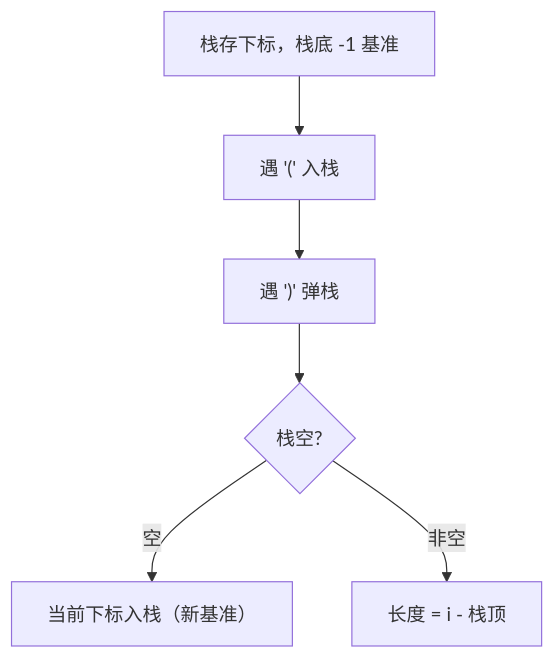
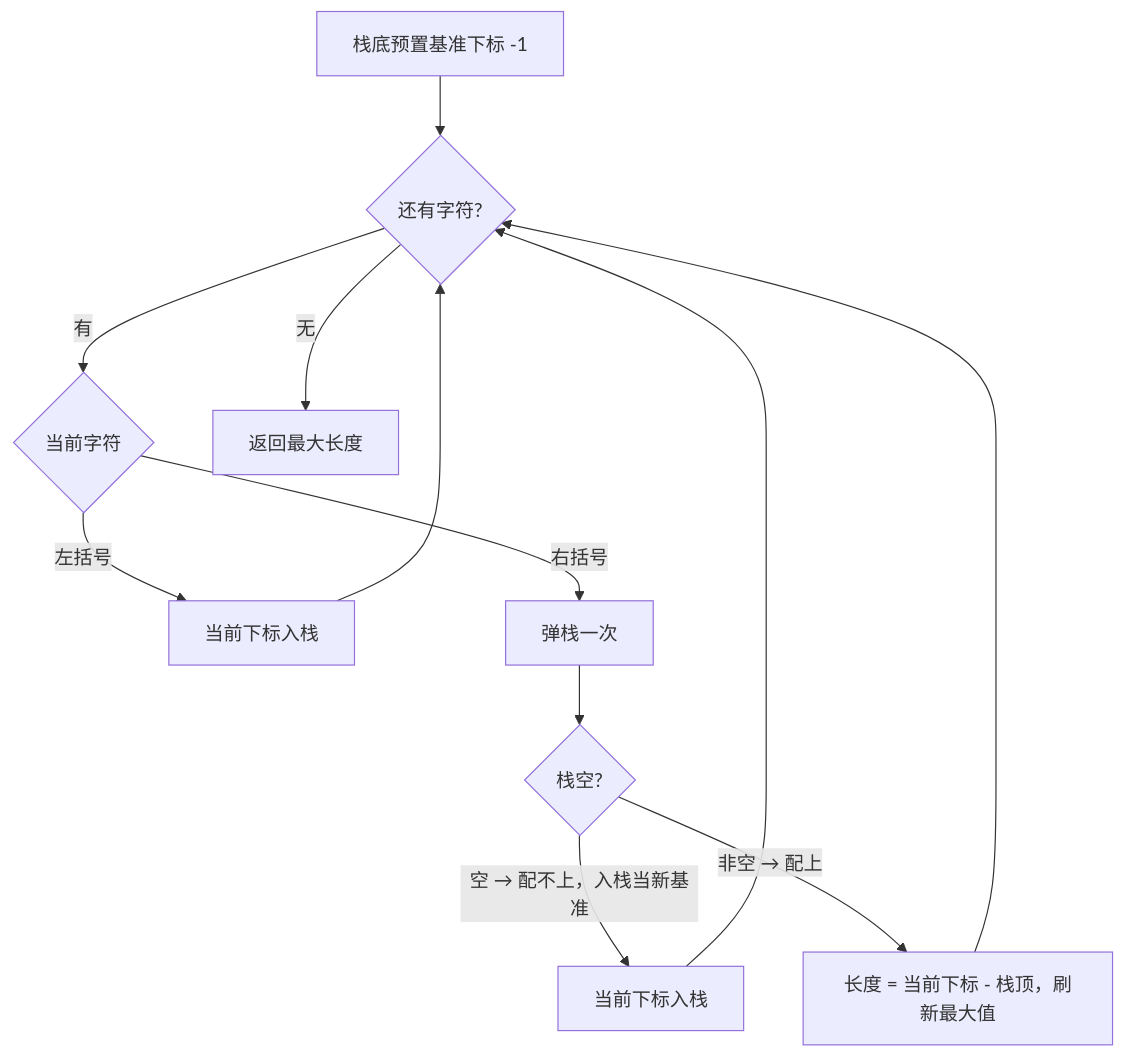
One commit to OctalZero/hot100-py changed the first of 2 diagrams in 16-动态规划/0032-最长有效括号.md. Above: the diagram before and after it, drawn with Mermaid. The commit also changed other lines of this file and 117 other files, not shown here.

First line of the commit message:
feat: 全题解配图升级为「动画式 mermaid」（总览骨架 + 横向时间线逐步推演）

````diff
--- a/16-动态规划/0032-最长有效括号.md
+++ b/16-动态规划/0032-最长有效括号.md
@@ -7,8 +7,14 @@
 ```mermaid
 flowchart TD
-    A["栈存下标，栈底 -1 基准"] --> B["遇 '(' 入栈"]
-    B --> C["遇 ')' 弹栈"]
-    C --> D{"栈空?"}
-    D -- "空" --> E["当前下标入栈（新基准）"]
-    D -- "非空" --> F["长度 = i - 栈顶"]
+    A["栈底预置基准下标 -1"] --> B{"还有字符?"}
+    B -->|"有"| C{"当前字符"}
+    C -->|"左括号"| D["当前下标入栈"]
+    C -->|"右括号"| E["弹栈一次"]
+    E --> F{"栈空?"}
+    F -->|"空 → 配不上，入栈当新基准"| G["当前下标入栈"]
+    F -->|"非空 → 配上"| H["长度 = 当前下标 - 栈顶，刷新最大值"]
+    D --> B
+    G --> B
+    H --> B
+    B -->|"无"| I["返回最大长度"]
 ```
````
